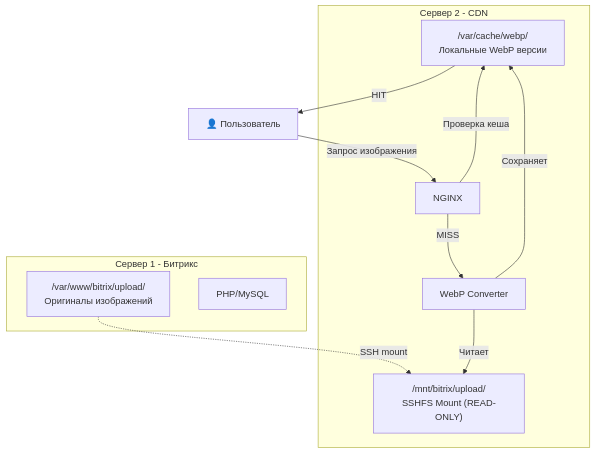
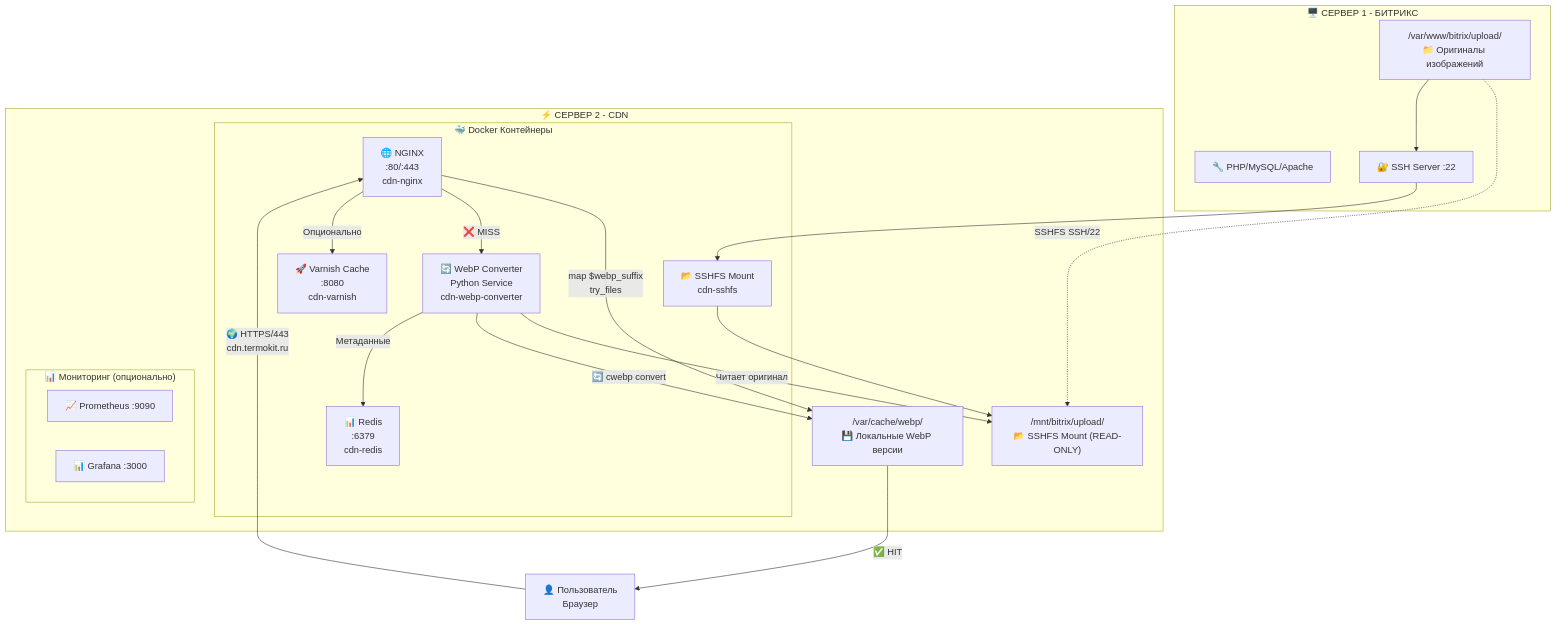
Before and after one commit to AAChibilyaev/bitrix-cdn-server: the diagram in README.md, drawn with Mermaid. The commit also changed other lines of this file and 35 other files, not shown here.

````diff
--- a/README.md
+++ b/README.md
@@ -52,24 +59,42 @@
 ```mermaid
 graph TB
-    subgraph "Сервер 1 - Битрикс"
-        Upload["/var/www/bitrix/upload/<br/>Оригиналы изображений"]
-        PHP[PHP/MySQL]
+    subgraph "🖥️ СЕРВЕР 1 - БИТРИКС"
+        Upload["/var/www/bitrix/upload/<br/>📁 Оригиналы изображений"]
+        PHP["🔧 PHP/MySQL/Apache"]
+        SSH["🔐 SSH Server :22"]
     end
     
-    subgraph "Сервер 2 - CDN"
-        Mount["/mnt/bitrix/upload/<br/>SSHFS Mount (READ-ONLY)"]
-        WebPCache["/var/cache/webp/<br/>Локальные WebP версии"]
-        NGINX[NGINX]
-        Converter[WebP Converter]
+    subgraph "⚡ СЕРВЕР 2 - CDN"
+        subgraph "🐳 Docker Контейнеры"
+            NGINX["🌐 NGINX<br/>:80/:443<br/>cdn-nginx"]
+            Converter["🔄 WebP Converter<br/>Python Service<br/>cdn-webp-converter"]
+            SSHFS["📂 SSHFS Mount<br/>cdn-sshfs"]
+            Redis["📊 Redis<br/>:6379<br/>cdn-redis"]
+            Varnish["🚀 Varnish Cache<br/>:8080<br/>cdn-varnish"]
+        end
+        
+        Mount["/mnt/bitrix/upload/<br/>📂 SSHFS Mount (READ-ONLY)"]
+        WebPCache["/var/cache/webp/<br/>💾 Локальные WebP версии"]
+        
+        subgraph "📊 Мониторинг (опционально)"
+            Prometheus["📈 Prometheus :9090"]
+            Grafana["📊 Grafana :3000"]
+        end
     end
     
-    User[👤 Пользователь]
+    User["👤 Пользователь<br/>Браузер"]
     
-    Upload -.->|SSH mount| Mount
-    User -->|Запрос изображения| NGINX
-    NGINX -->|Проверка кеша| WebPCache
-    WebPCache -->|HIT| User
-    NGINX -->|MISS| Converter
-    Converter -->|Читает| Mount
-    Converter -->|Сохраняет| WebPCache
+    Upload -.->|SSHFS SSH/22| Mount
+    SSHFS --> Mount
+    User -->|"🌍 HTTPS/443<br/>cdn.termokit.ru"| NGINX
+    NGINX -->|"map $webp_suffix<br/>try_files"| WebPCache
+    WebPCache -->|"✅ HIT"| User
+    NGINX -->|"❌ MISS"| Converter
+    Converter -->|Читает оригинал| Mount
+    Converter -->|"🔄 cwebp convert"| WebPCache
+    Converter -->|Метаданные| Redis
+    NGINX -->|Опционально| Varnish
+    
+    Upload --> SSH
+    SSH --> SSHFS
 ```
````
